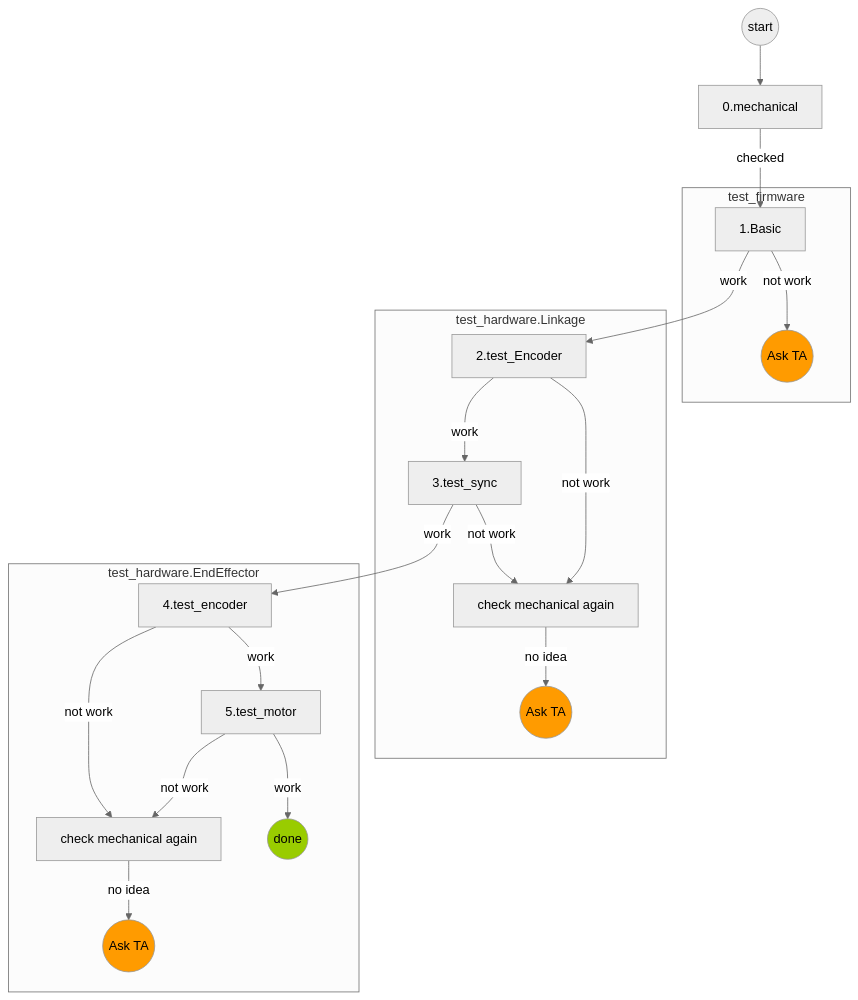
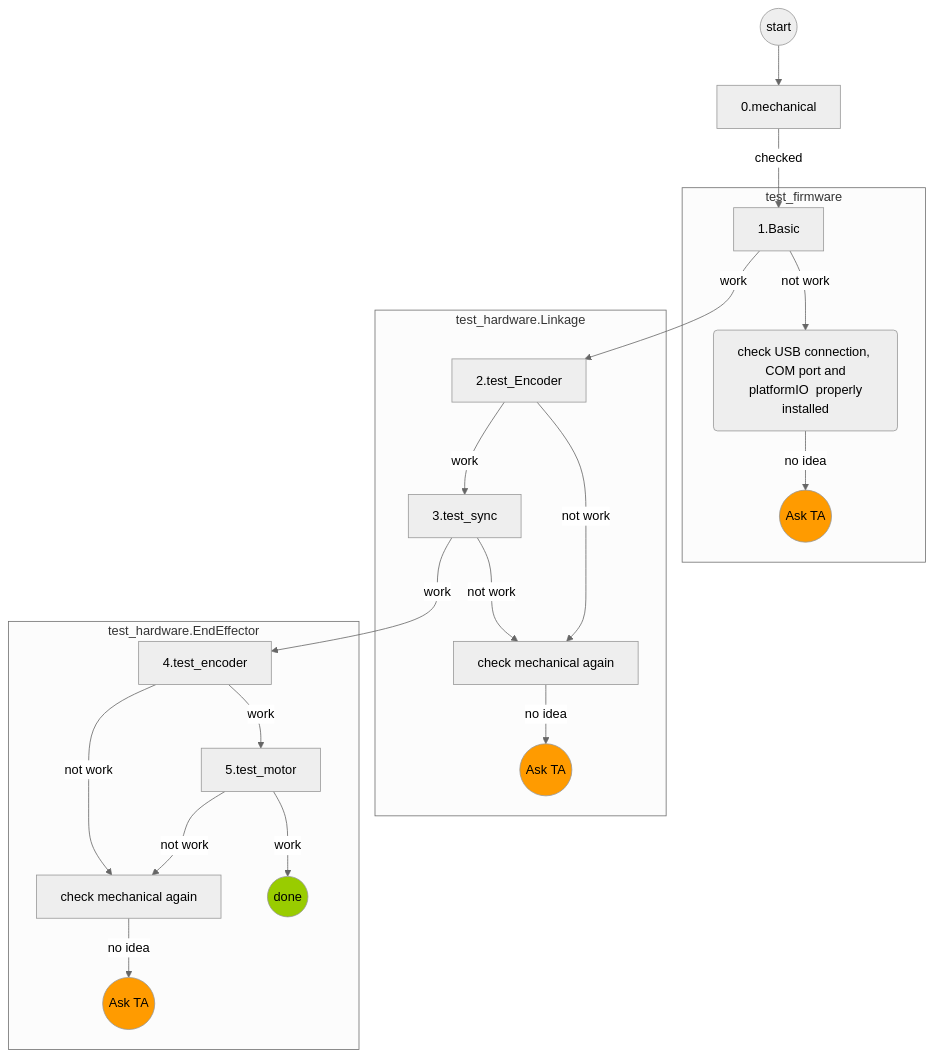
One commit to Jogius/dualpanto-testing changed the diagram in Readme.md. Above: the diagram before and after it, drawn with Mermaid. The commit also changed other lines of this file and 433 other files, not shown here.

````diff
--- a/Readme.md
+++ b/Readme.md
@@ -57,38 +56,39 @@
 ```mermaid
 %%{init: {'theme': 'neutral' } }%%
 flowchart TD;
     ST((start)) --> MC[0.mechanical];
     MC -- checked --> FB;
     
     subgraph  test_firmware
     FB[1.Basic];
-    FB -- not work --> TA0((Ask TA))
+    FB -- not work --> CH(check USB connection, <br> COM port and <br> platformIO  properly installed)
+    CH -- no idea --> TA0((Ask TA))
     end
     
     FB -- work -->  LTE[2.test_Encoder]
 
     subgraph test_hardware.Linkage
     LTE -- work -->LTS[3.test_sync];
     LTE-- not work -->  MC1[check mechanical again]
     LTS -- not work --> MC1
     MC1 -- no idea --> TA1((Ask TA))
     end
     
     subgraph test_hardware.EndEffector
     LTS -- work --> EETE[4.test_encoder]
     EETE -- work --> EETM[5.test_motor]
     EETM -- not work -->MC2
     EETM -- work --> DONE((done))
     EETE -- not work --> MC2[check mechanical again]
     MC2 -- no idea --> TA2((Ask TA))
     end
     
     style TA0 fill:#FF9B00
     style TA1 fill:#FF9B00
     style TA2 fill:#FF9B00
     style DONE fill:#99CC00
     
     click LE "https://github.com/HassoPlattnerInstituteHCI/unity-dualpanto-toolkit/blob/develop/README.md"
     click TA "https://discord.com"
     click MC "https://discord.com"
 ```
````
